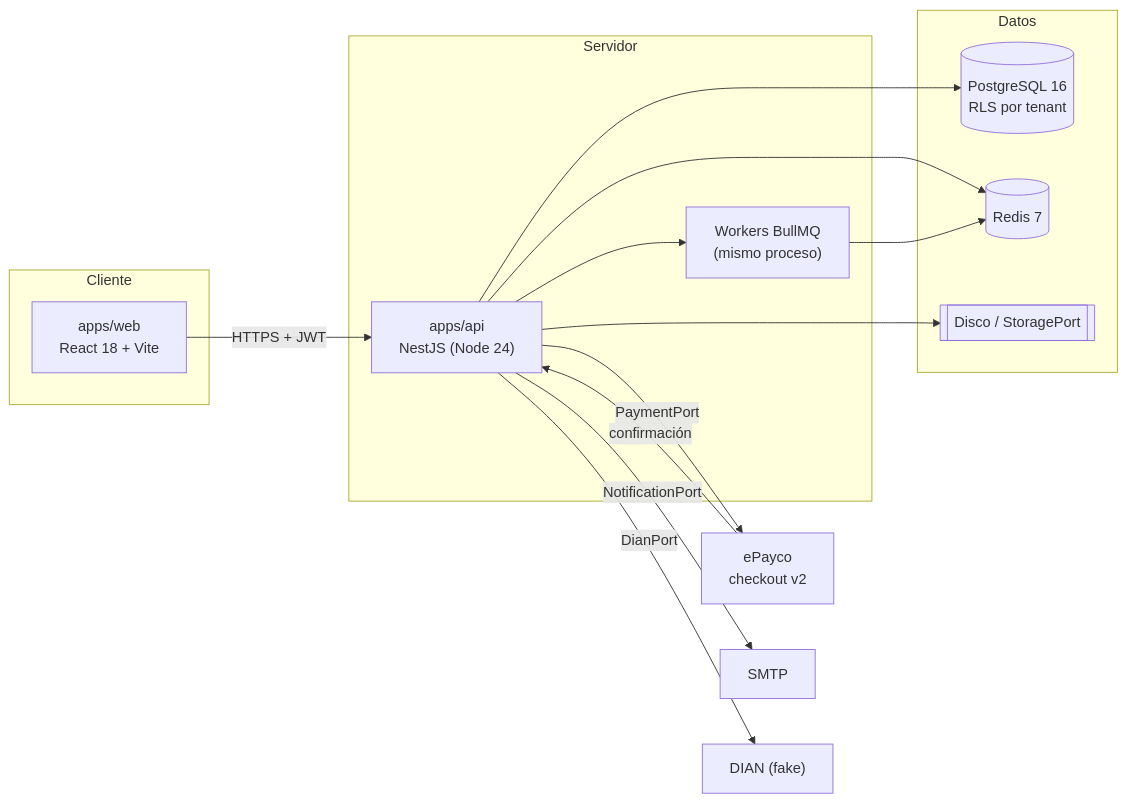
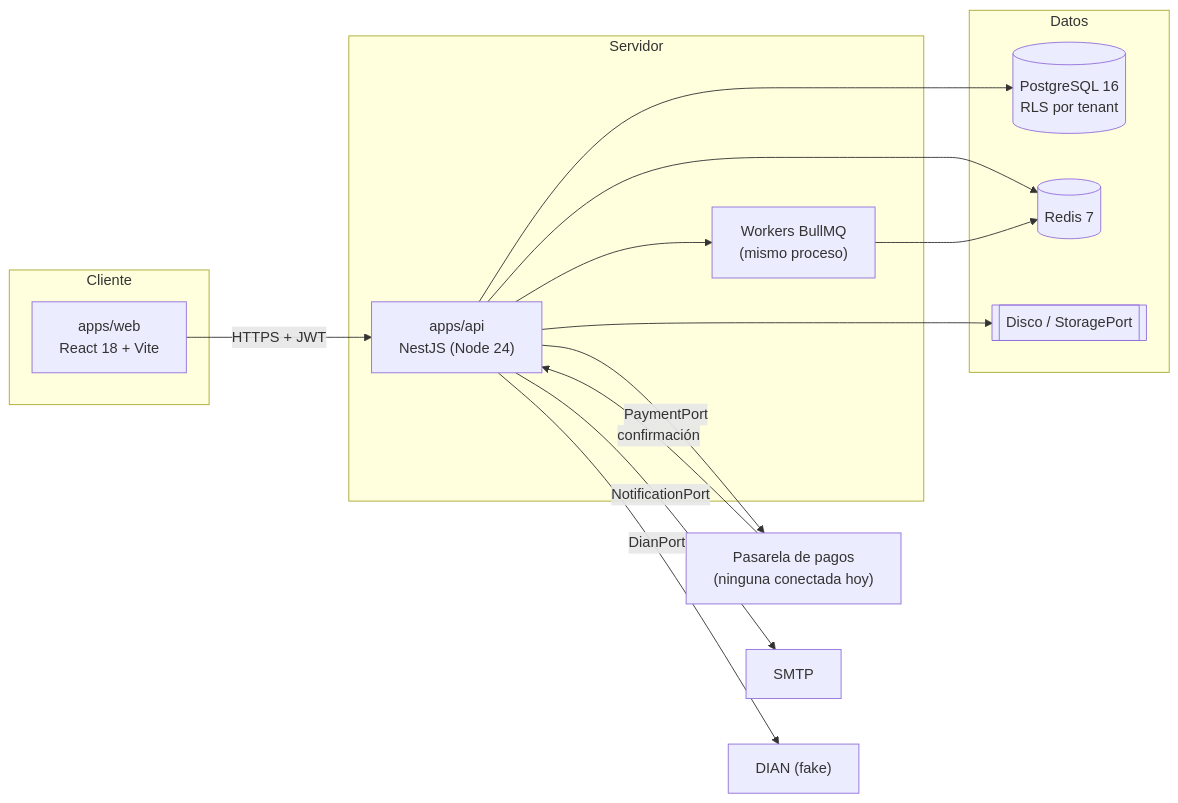
The first of 3 diagrams in docs/ARQUITECTURA.md (AGamez10/AdoptaFacil), drawn with Mermaid before and after one commit. The commit also changed other lines of this file and 81 other files, not shown here.

````diff
--- a/docs/ARQUITECTURA.md
+++ b/docs/ARQUITECTURA.md
@@ -15,28 +15,28 @@
 ```mermaid
 flowchart LR
   subgraph Cliente
     WEB["apps/web<br/>React 18 + Vite"]
   end
   subgraph Servidor
     API["apps/api<br/>NestJS (Node 24)"]
     WORKERS["Workers BullMQ<br/>(mismo proceso)"]
   end
   subgraph Datos
     PG[("PostgreSQL 16<br/>RLS por tenant")]
     REDIS[("Redis 7")]
     DISK[["Disco / StoragePort"]]
   end
-  MP["ePayco<br/>checkout v2"]
+  MP["Pasarela de pagos<br/>(ninguna conectada hoy)"]
   SMTP["SMTP"]
   DIAN["DIAN (fake)"]
   WEB -- "HTTPS + JWT" --> API
   API --> PG
   API --> REDIS
   WORKERS --> REDIS
   API --> WORKERS
   API --> DISK
   API -- "PaymentPort" --> MP
   MP -- "confirmación" --> API
   API -- "NotificationPort" --> SMTP
   API -- "DianPort" --> DIAN
 ```
````
